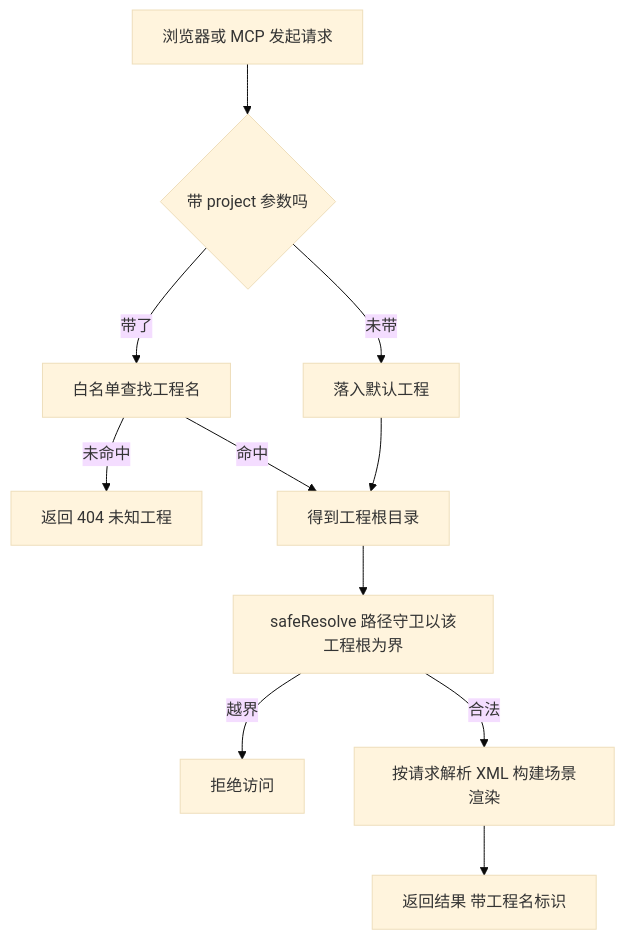
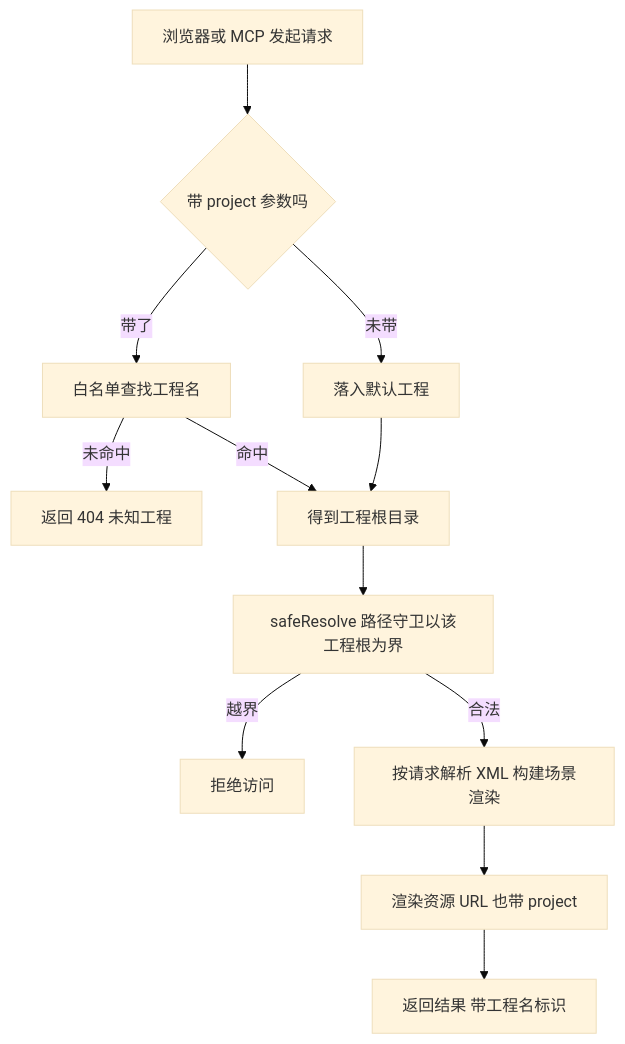
One commit to mickorz/fairygui-html-renderer changed the second of 2 diagrams in dev-docs/design/2026-11-09-多工程切换设计方案.md. Above: the diagram before and after it, drawn with Mermaid (base theme). The commit also changed other lines of this file, not shown here.

Commit message:
设计方案v2修订：采纳评审4个P0(渲染资源URL带project/URL为工程权威/统一API入口与iframe身份/切换生命周期AbortController+generation)+MCP ProjectContext独立解析+12项测试计划+分期重排P0-A/B/C+P1

````diff
--- a/dev-docs/design/2026-11-09-多工程切换设计方案.md
+++ b/dev-docs/design/2026-11-09-多工程切换设计方案.md
@@ -117,13 +215,14 @@
 ```mermaid
 flowchart TD
     A[浏览器或 MCP 发起请求] --> B{带 project 参数吗}
     B -- 未带 --> C[落入默认工程]
     B -- 带了 --> D[白名单查找工程名]
     D -- 未命中 --> E[返回 404 未知工程]
     D -- 命中 --> F[得到工程根目录]
     C --> F
     F --> G[safeResolve 路径守卫以该工程根为界]
     G -- 越界 --> H[拒绝访问]
     G -- 合法 --> I[按请求解析 XML 构建场景渲染]
-    I --> J[返回结果 带工程名标识]
+    I --> J[渲染资源 URL 也带 project]
+    J --> K[返回结果 带工程名标识]
 ```
````
